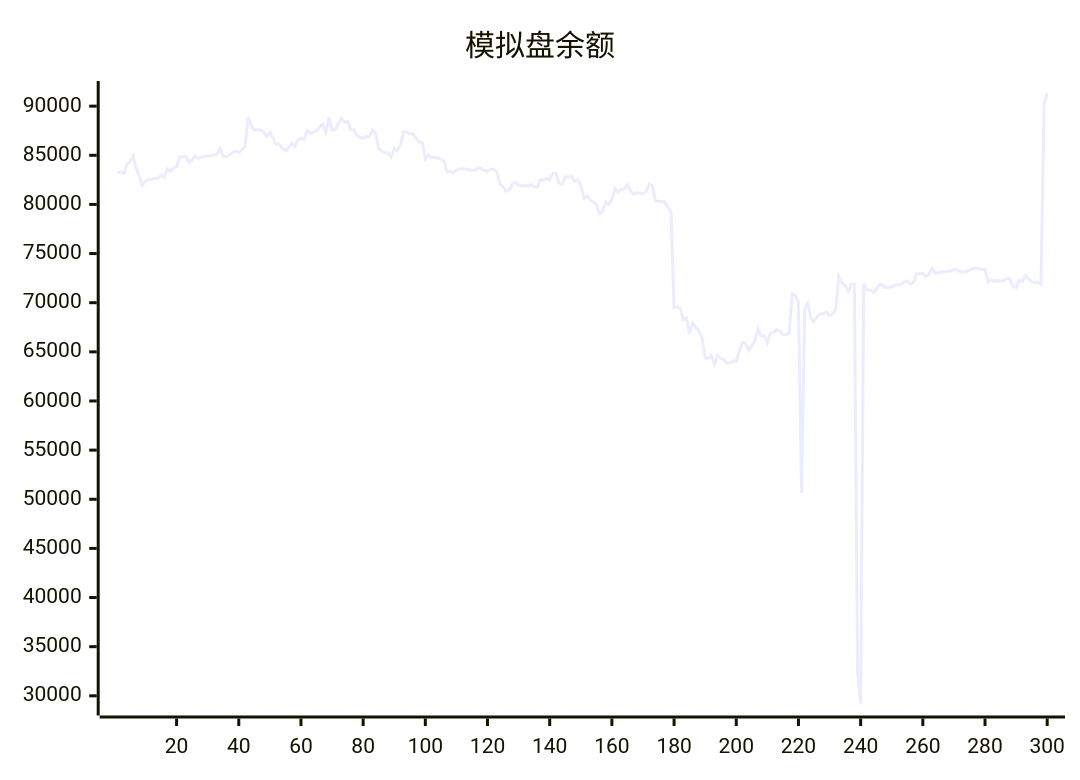
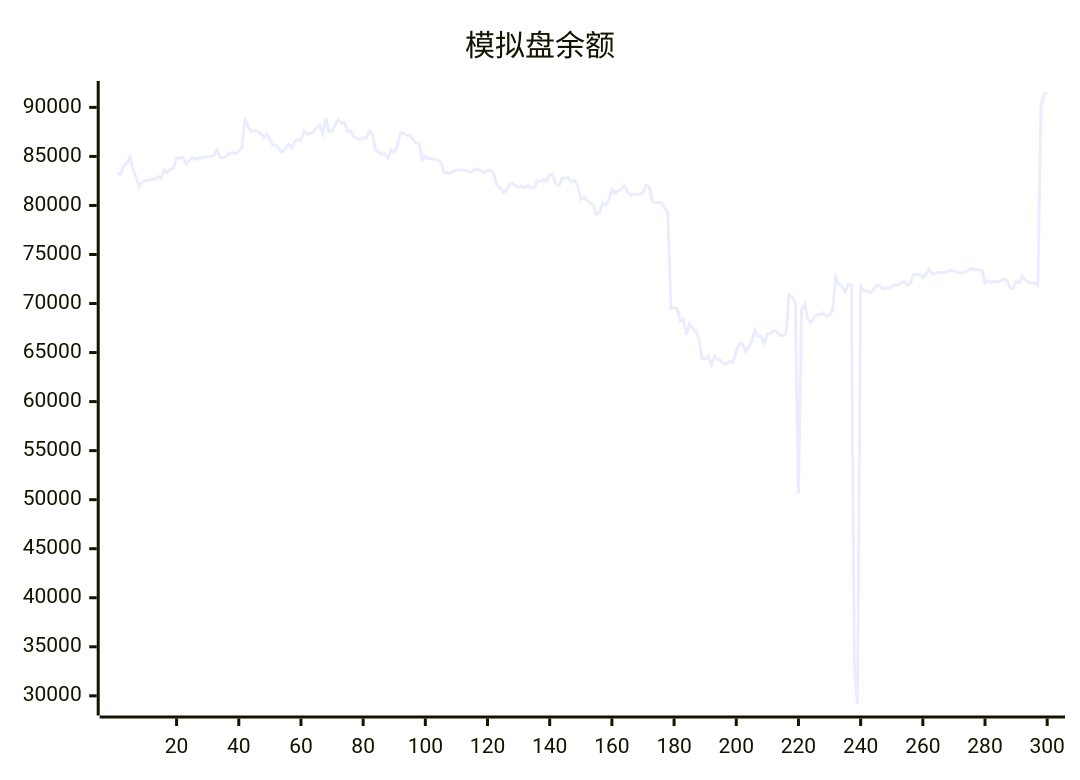
One commit to aahl/ai-trading changed the diagram in README.md. Above: the diagram before and after it, drawn with Mermaid. The commit also changed other lines of this file and 1 other file, not shown here.

````diff
--- a/README.md
+++ b/README.md
@@ -5,5 +5,5 @@
 ```mermaid
 xychart
     title "模拟盘余额"
-    line [83180,83338,83157,84070,84309,84922,83667,82850,81924,82369,82552,82539,82695,82648,82962,82728,83619,83378,83710,83825,84819,84854,84917,84265,84527,84919,84668,84834,84850,84916,84981,85004,85131,85674,84891,84864,85019,85284,85393,85294,85538,85894,88904,88012,87567,87625,87568,87386,86920,87313,86737,86094,86143,85725,85437,85787,86219,85859,86526,86740,86630,87563,87264,87335,87483,87886,88180,87335,88894,87544,87608,88207,88755,88401,88444,87543,87608,87000,86810,86740,86894,86884,87576,87209,85686,85435,85251,85255,84820,85689,85453,86066,87420,87373,87161,87178,86740,86341,86315,84643,85012,84772,84768,84690,84635,84376,83360,83357,83259,83474,83608,83606,83602,83548,83440,83454,83724,83644,83464,83365,83590,83592,83275,82072,81806,81344,81492,82109,82254,82006,81848,81955,81829,82022,81769,81776,82522,82441,82656,82498,83144,83144,82150,82038,82797,82763,82872,82367,82536,81981,80612,80862,80484,80242,80034,79063,79245,80226,80016,80507,81625,81233,81544,81578,82016,81401,81019,81186,81130,81118,81306,82066,81909,80392,80304,80291,80258,79729,79261,69466,69579,69456,68251,68415,66832,67911,67462,67144,66432,64380,64375,64606,63740,64647,64324,64216,63842,63877,64078,64008,65156,65945,65888,65157,65625,66144,67284,66653,66639,65924,66925,66956,67263,67108,66766,66729,66886,70927,70673,70049,50652,69334,69973,68400,68061,68578,68876,68879,69055,68662,68822,69329,72687,71999,71760,71162,71911,71896,32500,29218,71927,71297,71305,71044,71337,71883,71822,71536,71536,71622,71723,71880,71860,72100,72216,71887,72077,72940,72976,72966,72638,72948,73497,73004,73041,73173,73160,73186,73258,73375,73351,73173,73098,73161,73305,73474,73536,73457,73413,73412,72100,72333,72164,72272,72204,72285,72461,72421,71652,71521,72267,72157,72774,72424,72144,72060,72091,71858,90185,91338]
+    line [83338,83157,84070,84309,84922,83667,82850,81924,82369,82552,82539,82695,82648,82962,82728,83619,83378,83710,83825,84819,84854,84917,84265,84527,84919,84668,84834,84850,84916,84981,85004,85131,85674,84891,84864,85019,85284,85393,85294,85538,85894,88904,88012,87567,87625,87568,87386,86920,87313,86737,86094,86143,85725,85437,85787,86219,85859,86526,86740,86630,87563,87264,87335,87483,87886,88180,87335,88894,87544,87608,88207,88755,88401,88444,87543,87608,87000,86810,86740,86894,86884,87576,87209,85686,85435,85251,85255,84820,85689,85453,86066,87420,87373,87161,87178,86740,86341,86315,84643,85012,84772,84768,84690,84635,84376,83360,83357,83259,83474,83608,83606,83602,83548,83440,83454,83724,83644,83464,83365,83590,83592,83275,82072,81806,81344,81492,82109,82254,82006,81848,81955,81829,82022,81769,81776,82522,82441,82656,82498,83144,83144,82150,82038,82797,82763,82872,82367,82536,81981,80612,80862,80484,80242,80034,79063,79245,80226,80016,80507,81625,81233,81544,81578,82016,81401,81019,81186,81130,81118,81306,82066,81909,80392,80304,80291,80258,79729,79261,69466,69579,69456,68251,68415,66832,67911,67462,67144,66432,64380,64375,64606,63740,64647,64324,64216,63842,63877,64078,64008,65156,65945,65888,65157,65625,66144,67284,66653,66639,65924,66925,66956,67263,67108,66766,66729,66886,70927,70673,70049,50652,69334,69973,68400,68061,68578,68876,68879,69055,68662,68822,69329,72687,71999,71760,71162,71911,71896,32500,29218,71927,71297,71305,71044,71337,71883,71822,71536,71536,71622,71723,71880,71860,72100,72216,71887,72077,72940,72976,72966,72638,72948,73497,73004,73041,73173,73160,73186,73258,73375,73351,73173,73098,73161,73305,73474,73536,73457,73413,73412,72100,72333,72164,72272,72204,72285,72461,72421,71652,71521,72267,72157,72774,72424,72144,72060,72091,71858,90185,91338,91466]
 ```
````
